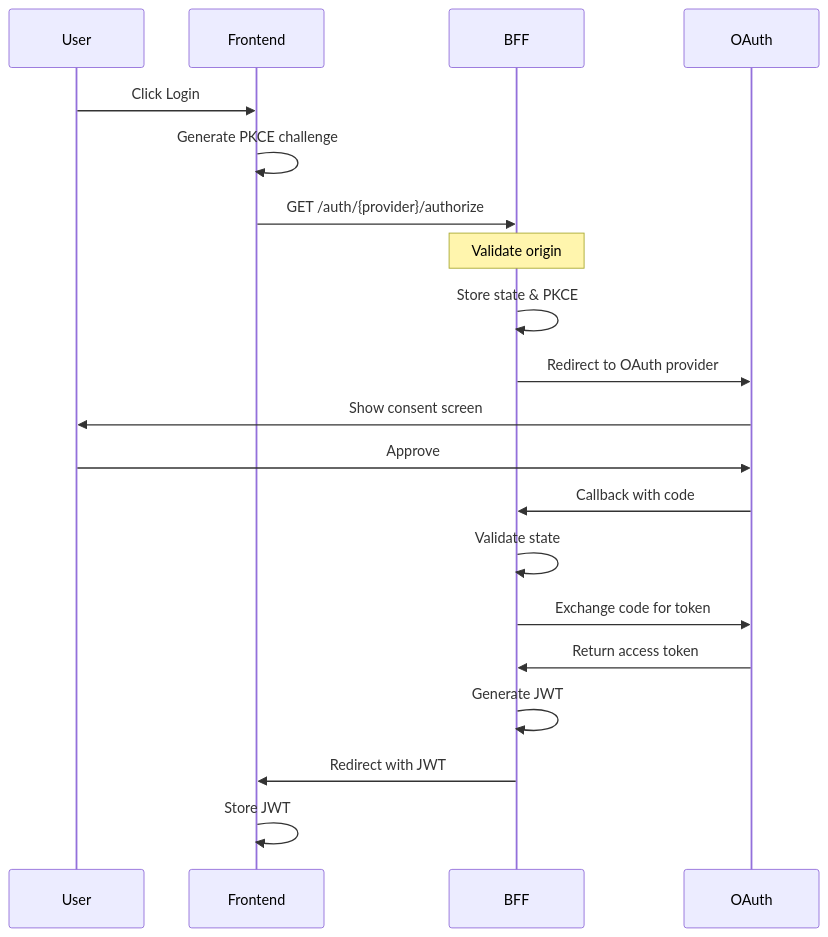
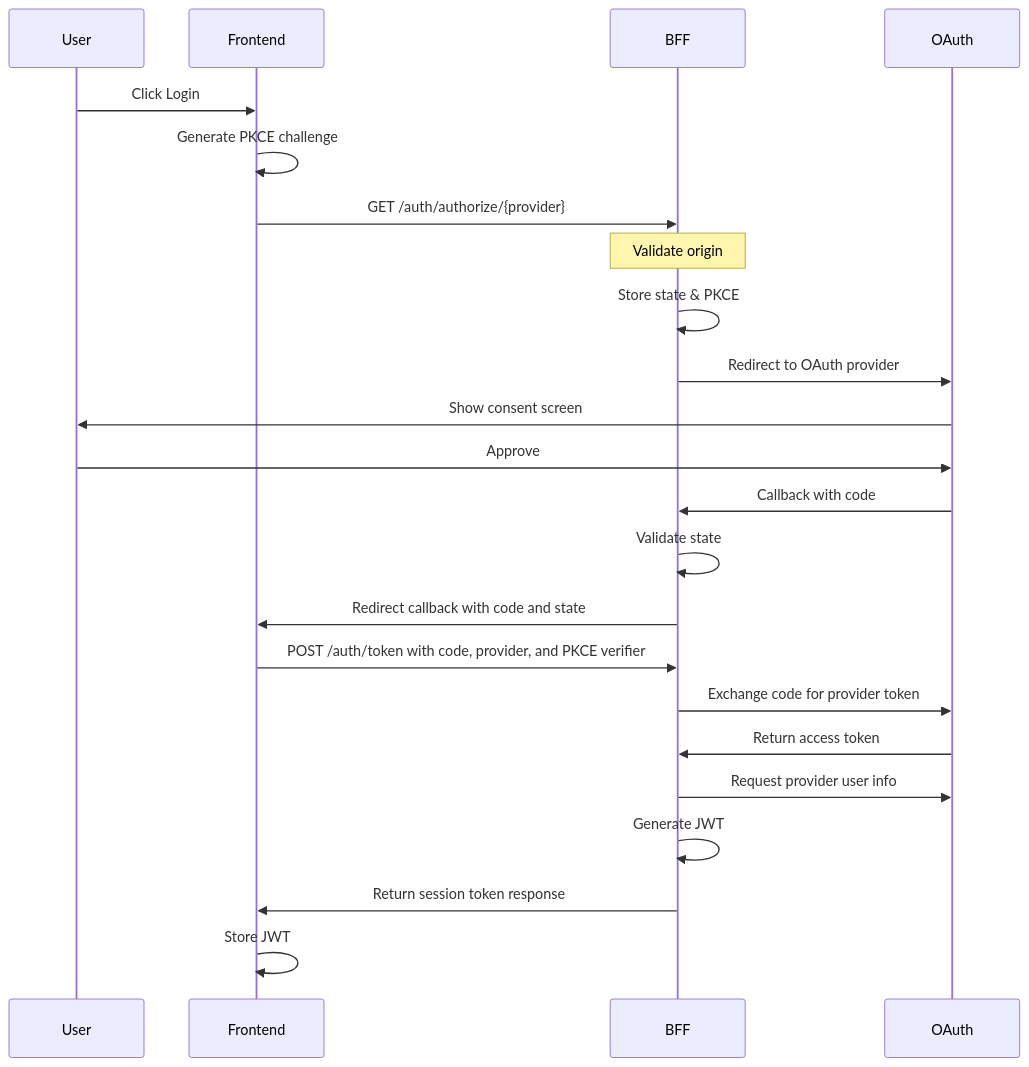
The second of 2 diagrams in packages/backend/bff/docs/spec.md (kubohiroya/hierarchidb), drawn with Mermaid before and after one commit. The commit also changed other lines of this file and 9 other files, not shown here.

Commit message:
fix(bff): classify OAuth token exchange failures (#1347)

````diff
--- a/packages/backend/bff/docs/spec.md
+++ b/packages/backend/bff/docs/spec.md
@@ -97,23 +97,26 @@
 ```mermaid
 sequenceDiagram
     participant User
     participant Frontend
     participant BFF
     participant OAuth
     
     User->>Frontend: Click Login
     Frontend->>Frontend: Generate PKCE challenge
-    Frontend->>BFF: GET /auth/{provider}/authorize
+    Frontend->>BFF: GET /auth/authorize/{provider}
     Note over BFF: Validate origin
     BFF->>BFF: Store state & PKCE
     BFF->>OAuth: Redirect to OAuth provider
     OAuth->>User: Show consent screen
     User->>OAuth: Approve
     OAuth->>BFF: Callback with code
     BFF->>BFF: Validate state
-    BFF->>OAuth: Exchange code for token
+    BFF->>Frontend: Redirect callback with code and state
+    Frontend->>BFF: POST /auth/token with code, provider, and PKCE verifier
+    BFF->>OAuth: Exchange code for provider token
     OAuth->>BFF: Return access token
+    BFF->>OAuth: Request provider user info
     BFF->>BFF: Generate JWT
-    BFF->>Frontend: Redirect with JWT
+    BFF->>Frontend: Return session token response
     Frontend->>Frontend: Store JWT
 ```
````
